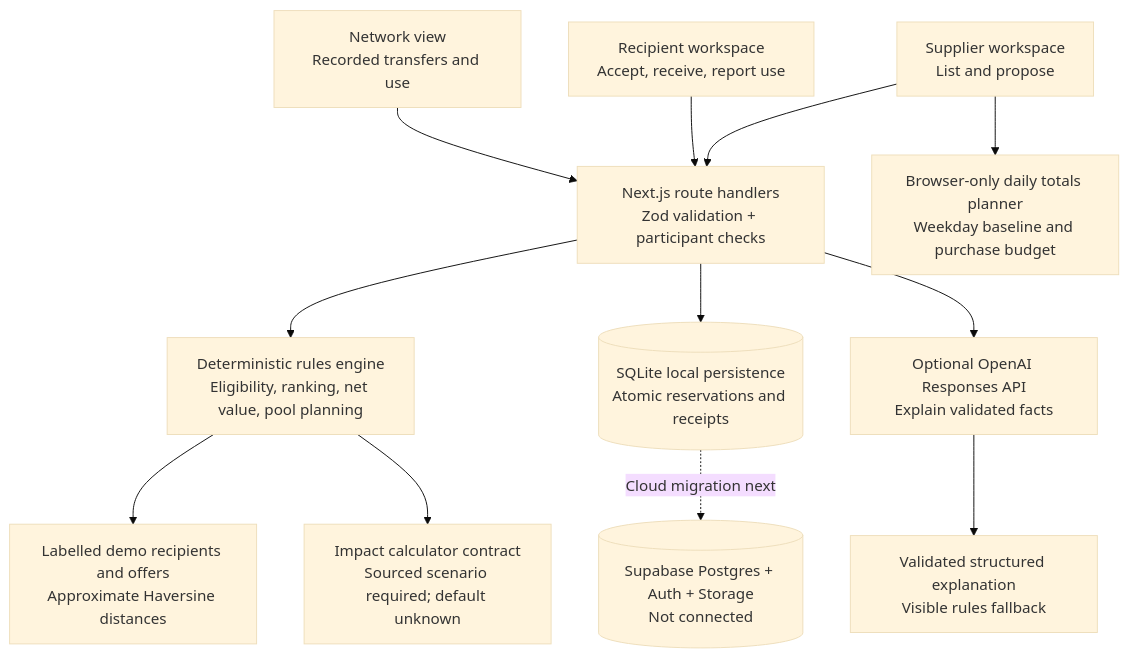
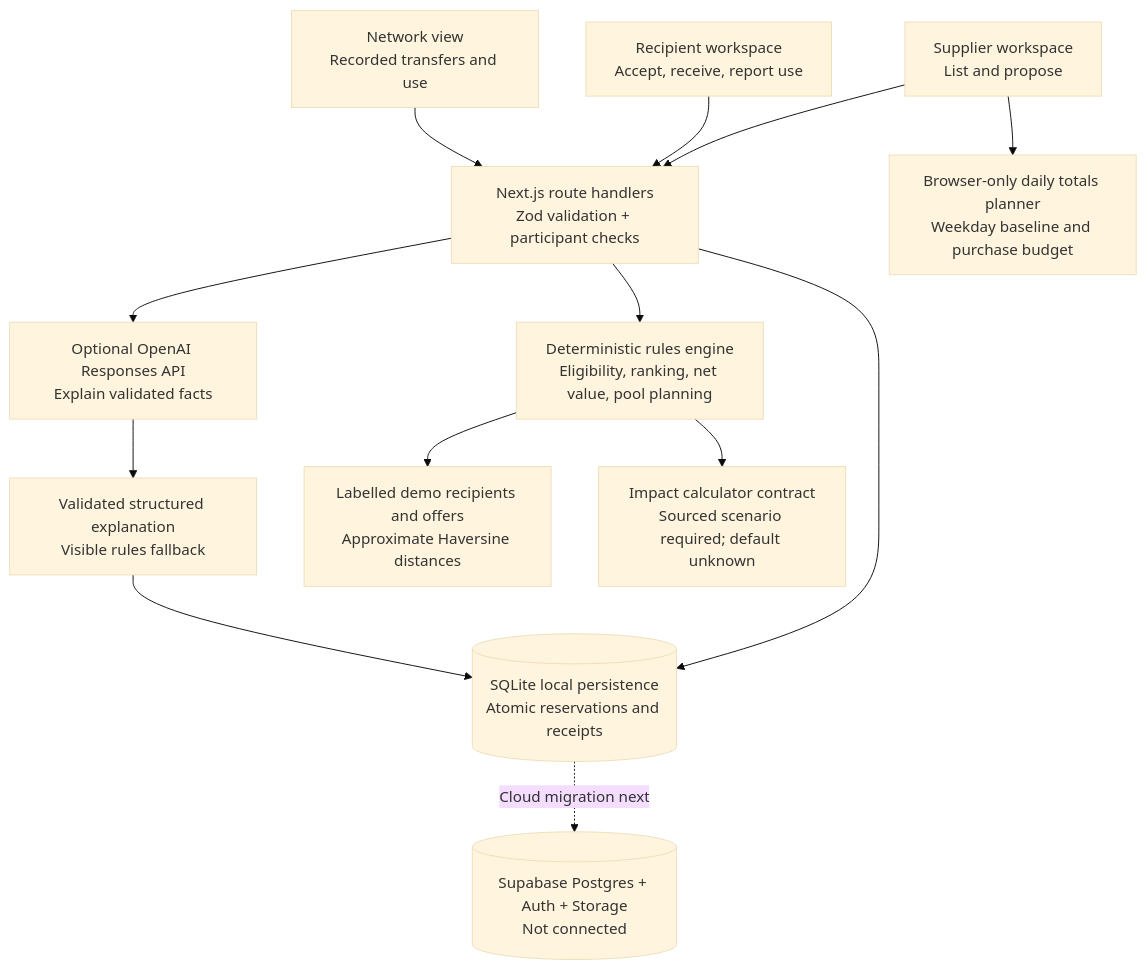
The first of 2 diagrams in docs/architecture.md (LucidMach/Coffee4ClimateChange), drawn with Mermaid (base theme) before and after one commit. The commit also changed other lines of this file and 3 other files, not shown here.

````diff
--- a/docs/architecture.md
+++ b/docs/architecture.md
@@ -5,14 +5,15 @@
 ```mermaid
 flowchart TD
   S[Supplier workspace<br/>List and propose] --> API[Next.js route handlers<br/>Zod validation + participant checks]
   S --> P[Browser-only daily totals planner<br/>Weekday baseline and purchase budget]
   R[Recipient workspace<br/>Accept, receive, report use] --> API
   N[Network view<br/>Recorded transfers and use] --> API
   API --> E[Deterministic rules engine<br/>Eligibility, ranking, net value, pool planning]
   API --> DB[(SQLite local persistence<br/>Atomic reservations and receipts)]
   API --> A[Optional OpenAI Responses API<br/>Explain validated facts]
   A --> F[Validated structured explanation<br/>Visible rules fallback]
+  F --> DB
   E --> D[Labelled demo recipients and offers<br/>Approximate Haversine distances]
   E --> I[Impact calculator contract<br/>Sourced scenario required; default unknown]
   DB -. Cloud migration next .-> SB[(Supabase Postgres + Auth + Storage<br/>Not connected)]
 ```
````
